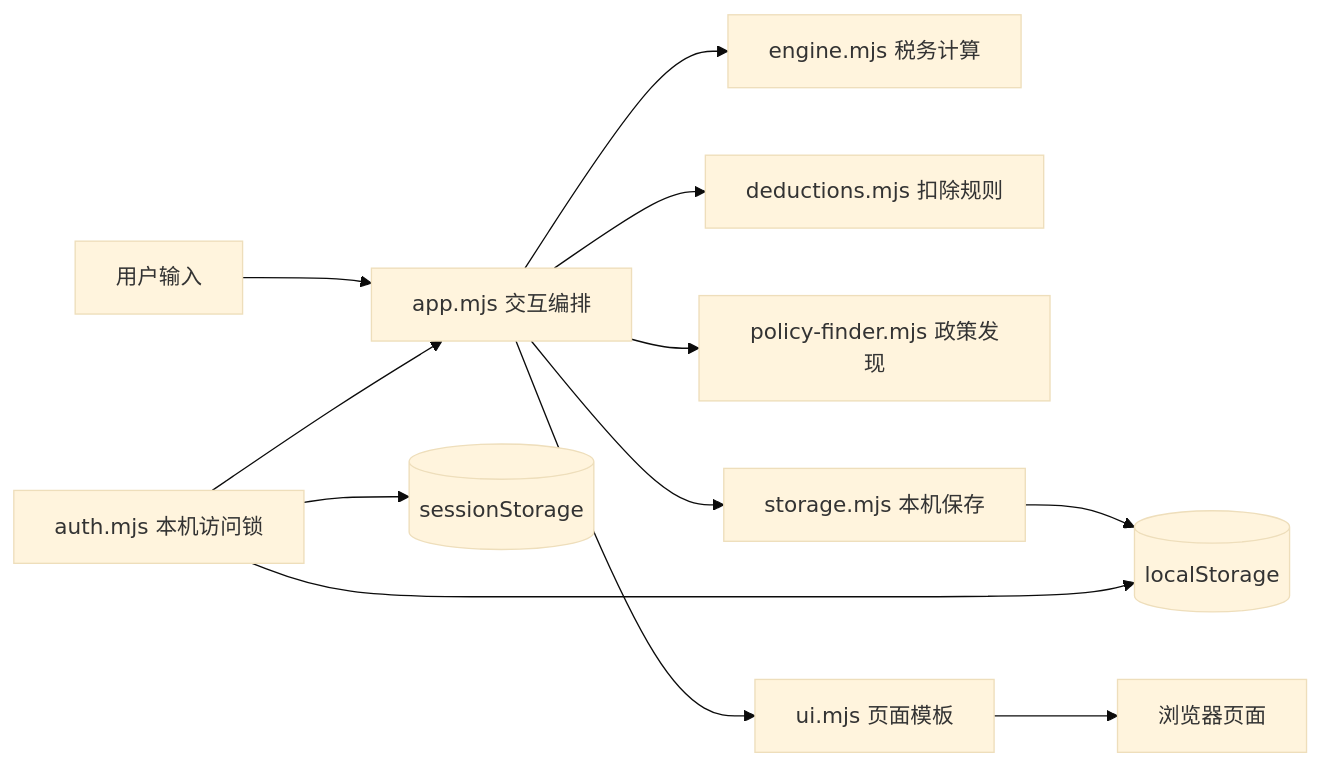
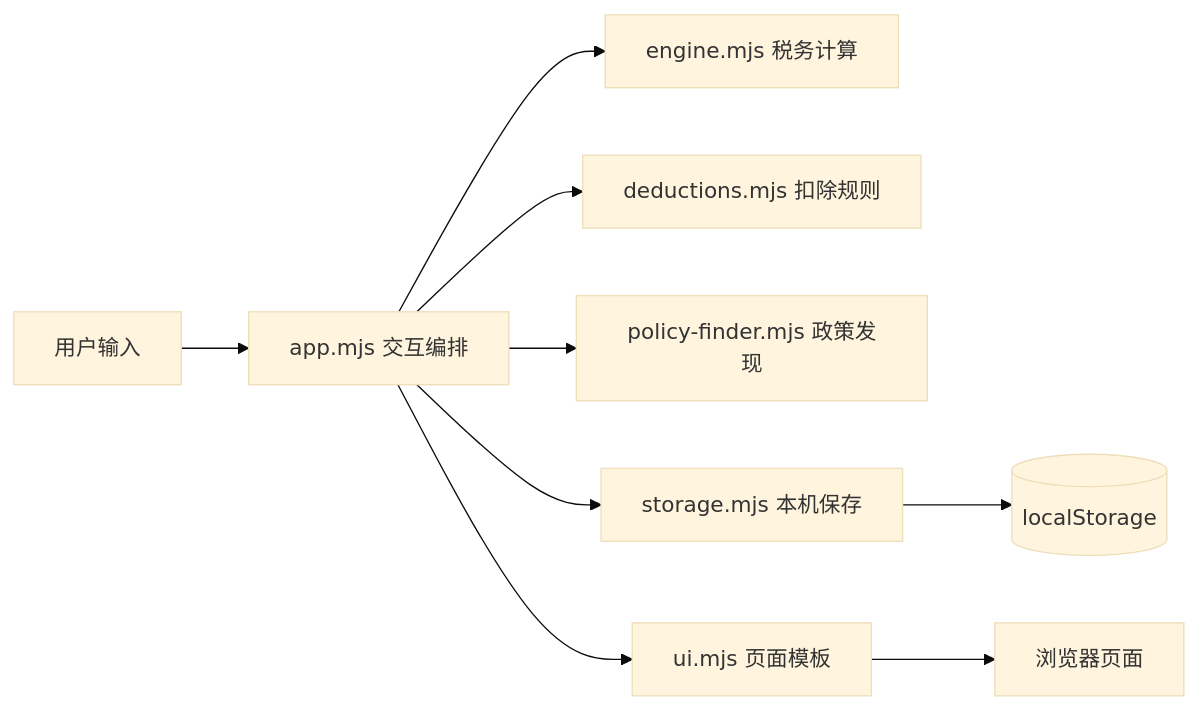
Before and after one commit to yanxinrui27/xinyoushu-tax-planner: the first of 2 diagrams in docs/ARCHITECTURE.md, drawn with Mermaid (base theme). The commit also changed other lines of this file and 14 other files, not shown here.

````diff
--- a/docs/ARCHITECTURE.md
+++ b/docs/ARCHITECTURE.md
@@ -7,14 +7,11 @@
 ```mermaid
 flowchart LR
   U[用户输入] --> A[app.mjs 交互编排]
   A --> E[engine.mjs 税务计算]
   A --> D[deductions.mjs 扣除规则]
   A --> F[policy-finder.mjs 政策发现]
   A --> S[storage.mjs 本机保存]
   A --> V[ui.mjs 页面模板]
-  L[auth.mjs 本机访问锁] --> A
   S --> B[(localStorage)]
-  L --> B
-  L --> C[(sessionStorage)]
   V --> P[浏览器页面]
 ```
````
